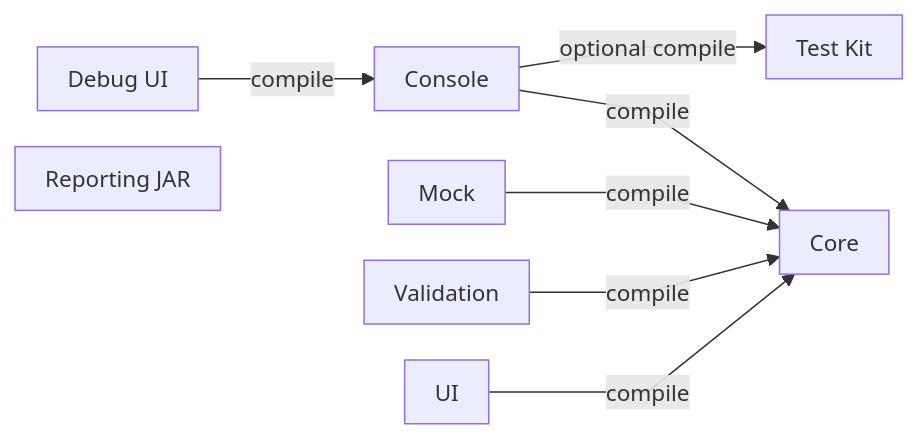
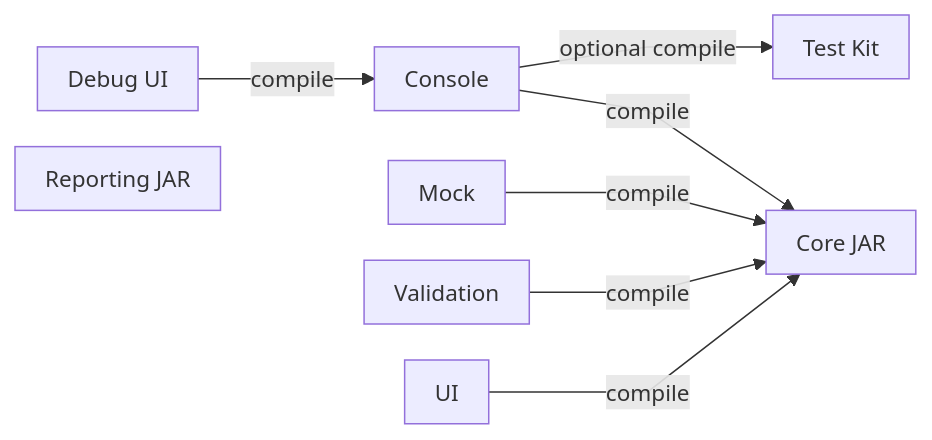
Before and after one commit to crististefanita/atf_j1: the first of 12 diagrams in docs/ATF_Architecture.md, drawn with Mermaid. The commit also changed other lines of this file and 227 other files, not shown here.

````diff
--- a/docs/ATF_Architecture.md
+++ b/docs/ATF_Architecture.md
@@ -36,11 +36,11 @@
 ```mermaid
 %%{init: {"themeVariables":{"fontSize":"15px"},"themeCSS":".nodeLabel, .nodeLabel p { font-size: 15px !important; line-height: 1.35 !important; } .edgeLabel, .edgeLabel p { font-size: 12px !important; font-weight: 400 !important; line-height: 1.2 !important; } .edgeLabel .labelBkg, .edgeLabel p { background: transparent !important; } .edgeLabel foreignObject { transform: translateY(-18px); overflow: visible; } .node rect { rx: 6px; ry: 6px; }","flowchart":{"curve":"linear","nodeSpacing":24,"rankSpacing":40,"padding":10,"diagramPadding":16}}}%%
 flowchart LR
     Debug["Debug UI"] -->|compile| Console["Console"]
-    Console -->|compile| Core["Core"]
+    Console -->|compile| Core["Core JAR"]
     Console -->|optional compile| Kit["Test Kit"]
     Mock["Mock"] -->|compile| Core
     Validation["Validation"] -->|compile| Core
     Ui["UI"] -->|compile| Core
     Reporting["Reporting JAR"]
 ```
````
